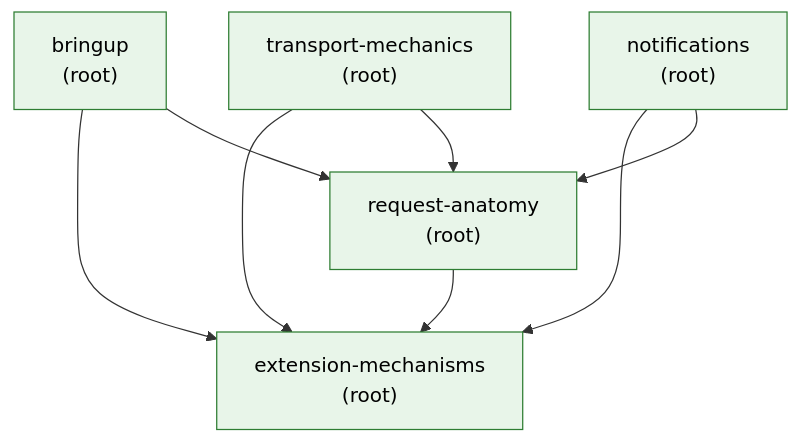
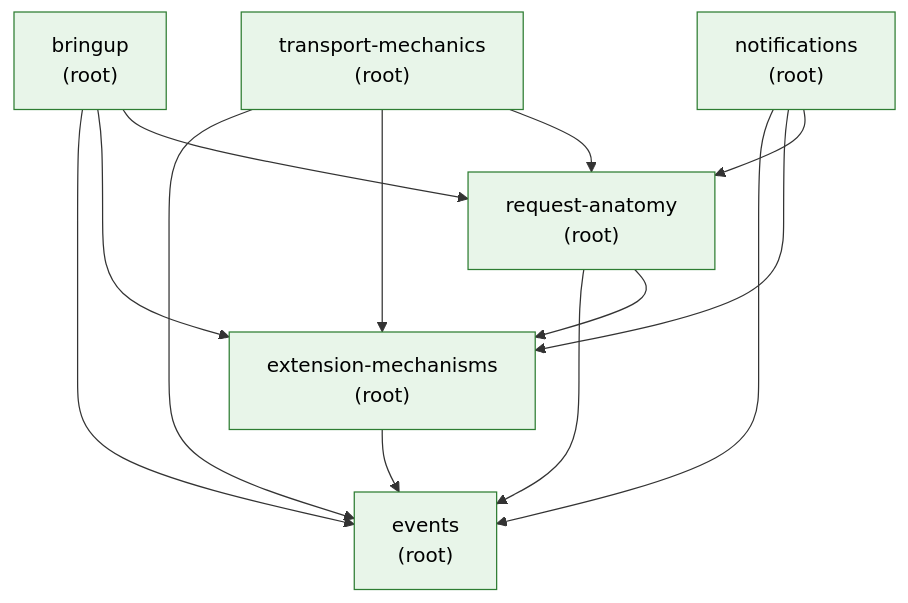
One commit to panyam/mcpkit changed the diagram in tutorials/walkthrough/GRAPH.md. Above: the diagram before and after it, drawn with Mermaid. The commit also changed 5 other files, not shown here.

````diff
--- a/tutorials/walkthrough/GRAPH.md
+++ b/tutorials/walkthrough/GRAPH.md
@@ -6,24 +6,31 @@
 ```mermaid
 graph TD
     bringup["bringup<br/>(root)"]
     click bringup "https://github.com/panyam/mcpkit/blob/main/tutorials/walkthrough/bringup.md"
+    events["events<br/>(root)"]
+    click events "https://github.com/panyam/mcpkit/blob/main/tutorials/walkthrough/events.md"
     extension-mechanisms["extension-mechanisms<br/>(root)"]
     click extension-mechanisms "https://github.com/panyam/mcpkit/blob/main/tutorials/walkthrough/extension-mechanisms.md"
     notifications["notifications<br/>(root)"]
     click notifications "https://github.com/panyam/mcpkit/blob/main/tutorials/walkthrough/notifications.md"
     request-anatomy["request-anatomy<br/>(root)"]
     click request-anatomy "https://github.com/panyam/mcpkit/blob/main/tutorials/walkthrough/request-anatomy.md"
     transport-mechanics["transport-mechanics<br/>(root)"]
     click transport-mechanics "https://github.com/panyam/mcpkit/blob/main/tutorials/walkthrough/transport-mechanics.md"
 
+    bringup --> events
+    transport-mechanics --> events
+    notifications --> events
+    request-anatomy --> events
+    extension-mechanisms --> events
     bringup --> extension-mechanisms
     transport-mechanics --> extension-mechanisms
     notifications --> extension-mechanisms
     request-anatomy --> extension-mechanisms
     bringup --> request-anatomy
     transport-mechanics --> request-anatomy
     notifications --> request-anatomy
 
     classDef written fill:#e8f5e9,stroke:#2e7d32,color:#000;
-    class bringup,extension-mechanisms,notifications,request-anatomy,transport-mechanics written;
+    class bringup,events,extension-mechanisms,notifications,request-anatomy,transport-mechanics written;
 ```
````
